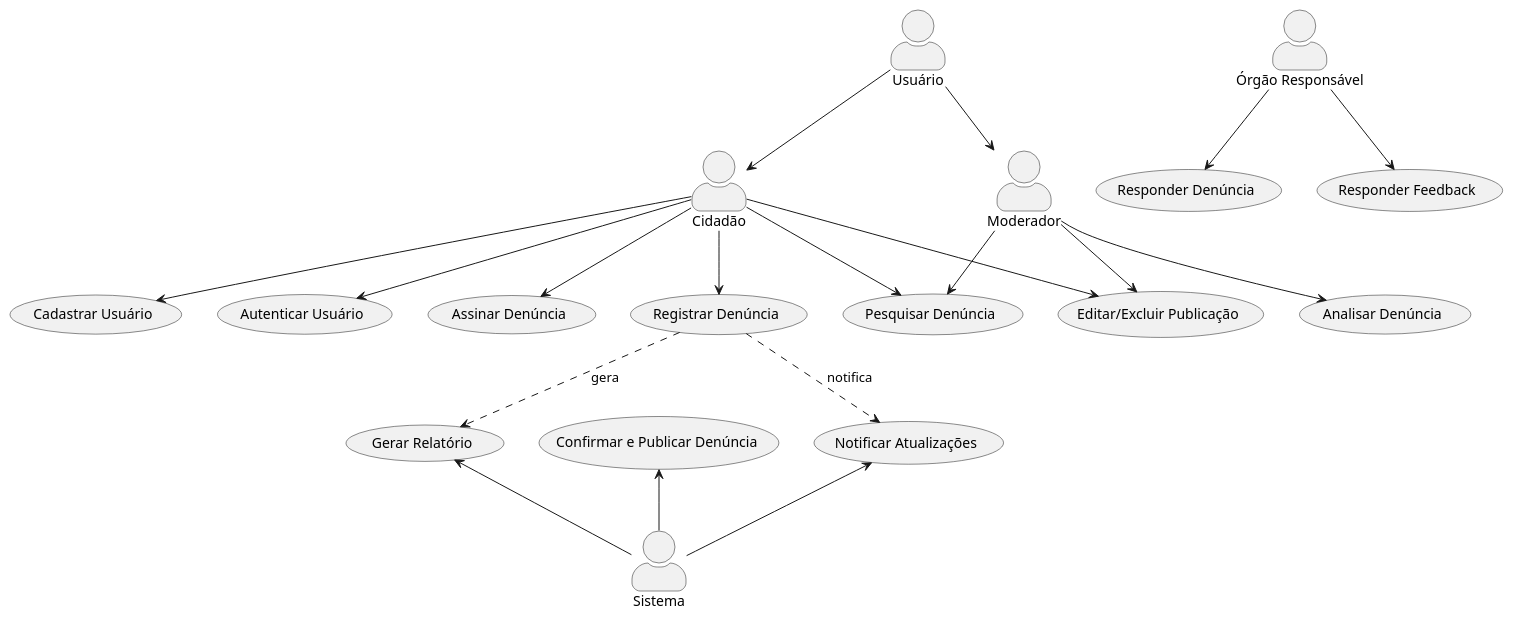
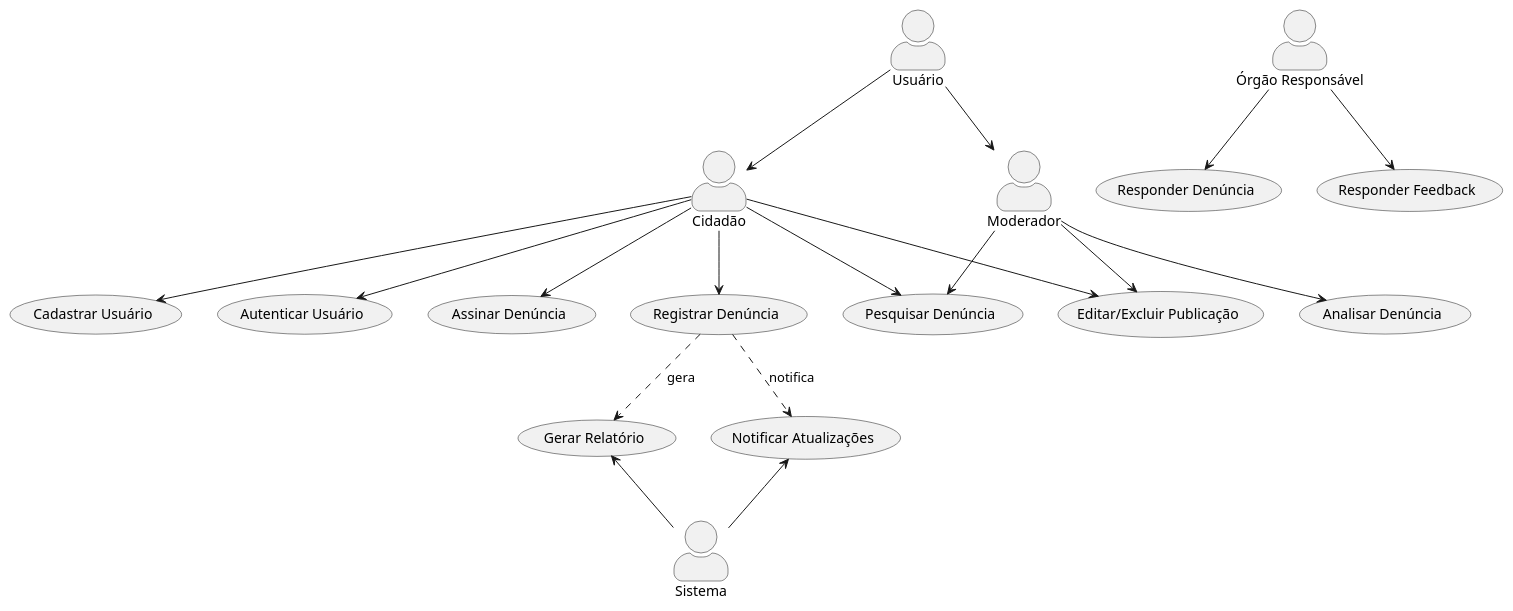
One commit to rafa-alves6/Reclama.se-AOO changed the diagram in Diagramas/uml_UseCase_Diagram.puml. Above: the diagram before and after it, drawn with PlantUML.

```diff
--- a/Diagramas/uml_UseCase_Diagram.puml
+++ b/Diagramas/uml_UseCase_Diagram.puml
@@ -1,36 +1,35 @@
 @startuml
 
 skinparam actorStyle awesome
 
 actor "Usuário" as U
 actor "Órgão Responsável" as O
 actor "Sistema" as S
 actor "Moderador" as M
 actor "Cidadão" as C
 
 U --> C
 U --> M
 
 C --> (Cadastrar Usuário)
 C --> (Autenticar Usuário)
 C --> (Registrar Denúncia)
 C --> (Assinar Denúncia)
 C --> (Pesquisar Denúncia)
 C --> (Editar/Excluir Publicação)
 
 M --> (Pesquisar Denúncia)
 M --> (Editar/Excluir Publicação)
 M --> (Analisar Denúncia)
 
 S -up-> (Notificar Atualizações)
-S -up-> (Confirmar e Publicar Denúncia)
 S -up-> (Gerar Relatório)
 
 
 O --> (Responder Denúncia)
 O --> (Responder Feedback)
 
 (Registrar Denúncia) .down.> (Gerar Relatório) : gera
 (Registrar Denúncia) .down.> (Notificar Atualizações) : notifica
 
 @enduml
```
